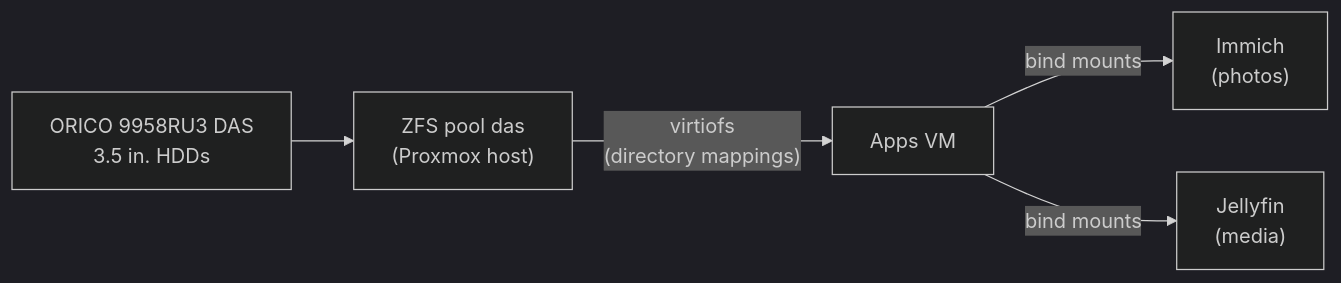
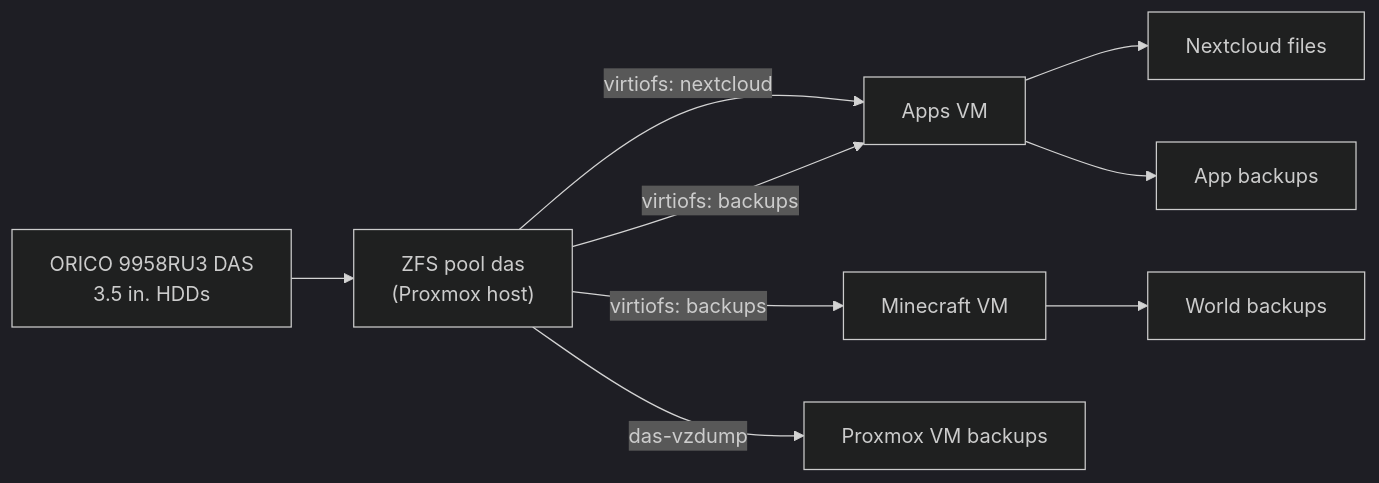
Before and after one commit to JM02-11/homelab: the diagram in hardware/README.md, drawn with Mermaid (dark theme). The commit also changed other lines of this file and 36 other files, not shown here.

First line of the commit message:
Rebuild as code: new DAS pool, Nextcloud/Vaultwarden/AdGuard, hardening, backups

````diff
--- a/hardware/README.md
+++ b/hardware/README.md
@@ -62,7 +62,11 @@
 ```mermaid
 graph LR
     DAS["ORICO 9958RU3 DAS<br/>3.5 in. HDDs"] --> ZFS["ZFS pool das<br/>(Proxmox host)"]
-    ZFS -- "virtiofs<br/>(directory mappings)" --> VM["Apps VM"]
-    VM -- bind mounts --> Immich["Immich<br/>(photos)"]
-    VM -- bind mounts --> Jellyfin["Jellyfin<br/>(media)"]
+    ZFS -- "virtiofs: nextcloud" --> Apps["Apps VM"]
+    ZFS -- "virtiofs: backups" --> Apps
+    ZFS -- "virtiofs: backups" --> MC["Minecraft VM"]
+    ZFS -- "das-vzdump" --> PVE["Proxmox VM backups"]
+    Apps --> NC["Nextcloud files"]
+    Apps --> BK["App backups"]
+    MC --> WB["World backups"]
 ```
````
